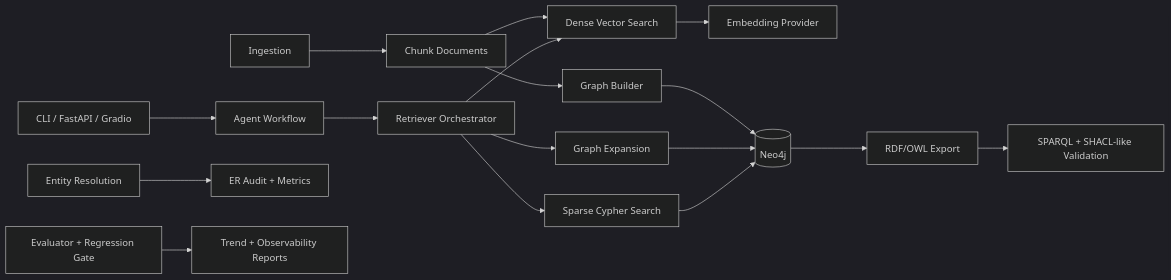
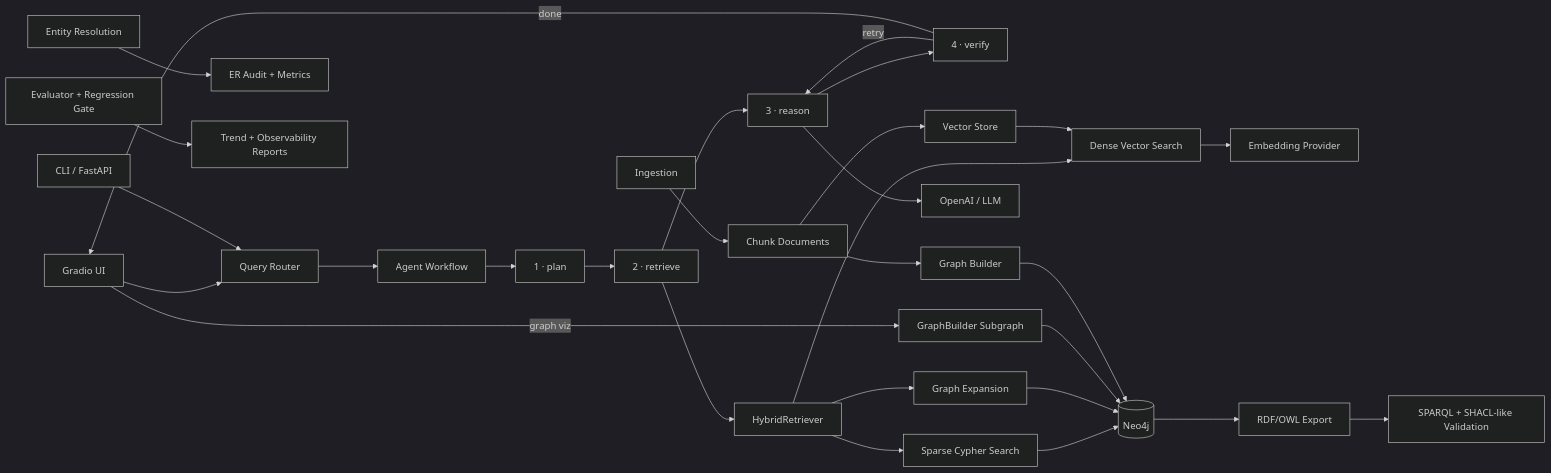
One commit to ethantenison/riskfolio-graphrag-agent changed the diagram in docs/architecture_module_map.md. Above: the diagram before and after it, drawn with Mermaid (dark theme). The commit also changed other lines of this file and 1 other file, not shown here.

First line of the commit message:
docs: align README and architecture map with actual Gradio Q&A pipeline

````diff
--- a/docs/architecture_module_map.md
+++ b/docs/architecture_module_map.md
@@ -11,19 +16,31 @@
 ```mermaid
 flowchart LR
-  A[CLI / FastAPI / Gradio] --> B[Agent Workflow]
-  B --> C[Retriever Orchestrator]
+  A[Gradio UI] --> QR[Query Router]
+  A2[CLI / FastAPI] --> QR
+  QR --> B[Agent Workflow]
+  B --> PL[1 · plan]
+  PL --> RET[2 · retrieve]
+  RET --> RSN[3 · reason]
+  RSN --> VER[4 · verify]
+  VER -- retry --> RSN
+  VER -- done --> A
+  RET --> C[HybridRetriever]
   C --> D[Dense Vector Search]
   C --> E[Sparse Cypher Search]
   C --> F[Graph Expansion]
   D --> G[Embedding Provider]
   E --> H[(Neo4j)]
   F --> H
+  RSN --> LLM[OpenAI / LLM]
+  A -- graph viz --> GV[GraphBuilder Subgraph]
+  GV --> H
   I[Ingestion] --> J[Chunk Documents]
-  J --> D
+  J --> VS[Vector Store]
+  VS --> D
   J --> K[Graph Builder]
   K --> H
   H --> L[RDF/OWL Export]
   L --> M[SPARQL + SHACL-like Validation]
   N[Entity Resolution] --> O[ER Audit + Metrics]
   P[Evaluator + Regression Gate] --> Q[Trend + Observability Reports]
 ```
````
